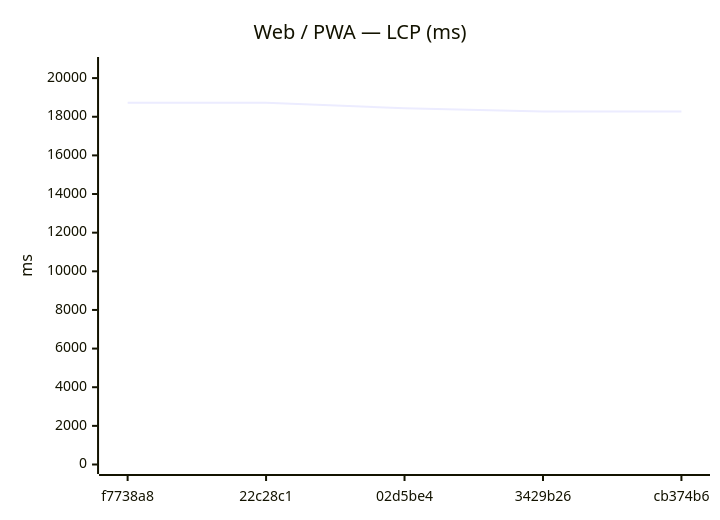
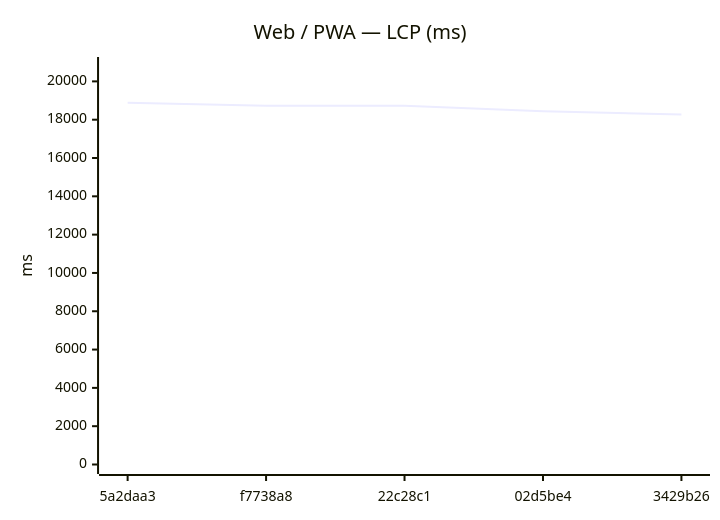
One commit to Metaheurist/Rianell changed the seventh of 18 diagrams in benchmarks/compare.md. Above: the diagram before and after it, drawn with Mermaid. The commit also changed other lines of this file and 11 other files, not shown here.

````diff
--- a/benchmarks/compare.md
+++ b/benchmarks/compare.md
@@ -117,7 +117,7 @@
 ```mermaid
 xychart-beta
     title "Web / PWA — LCP (ms)"
-    x-axis ["f7738a8", "22c28c1", "02d5be4", "3429b26", "cb374b6"]
-    y-axis "ms" 0 --> 20601
-    line [18728, 18722, 18436, 18270, 18278]
+    x-axis ["5a2daa3", "f7738a8", "22c28c1", "02d5be4", "3429b26"]
+    y-axis "ms" 0 --> 20777
+    line [18888, 18728, 18722, 18436, 18270]
 ```
````
